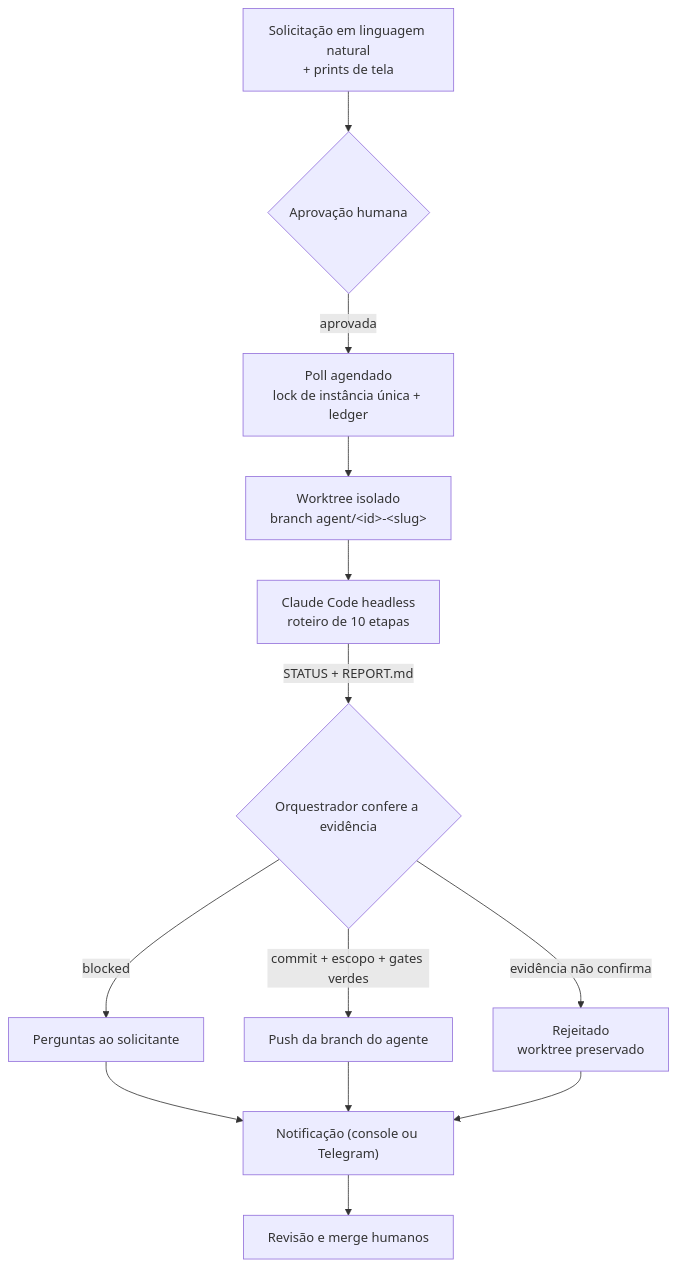
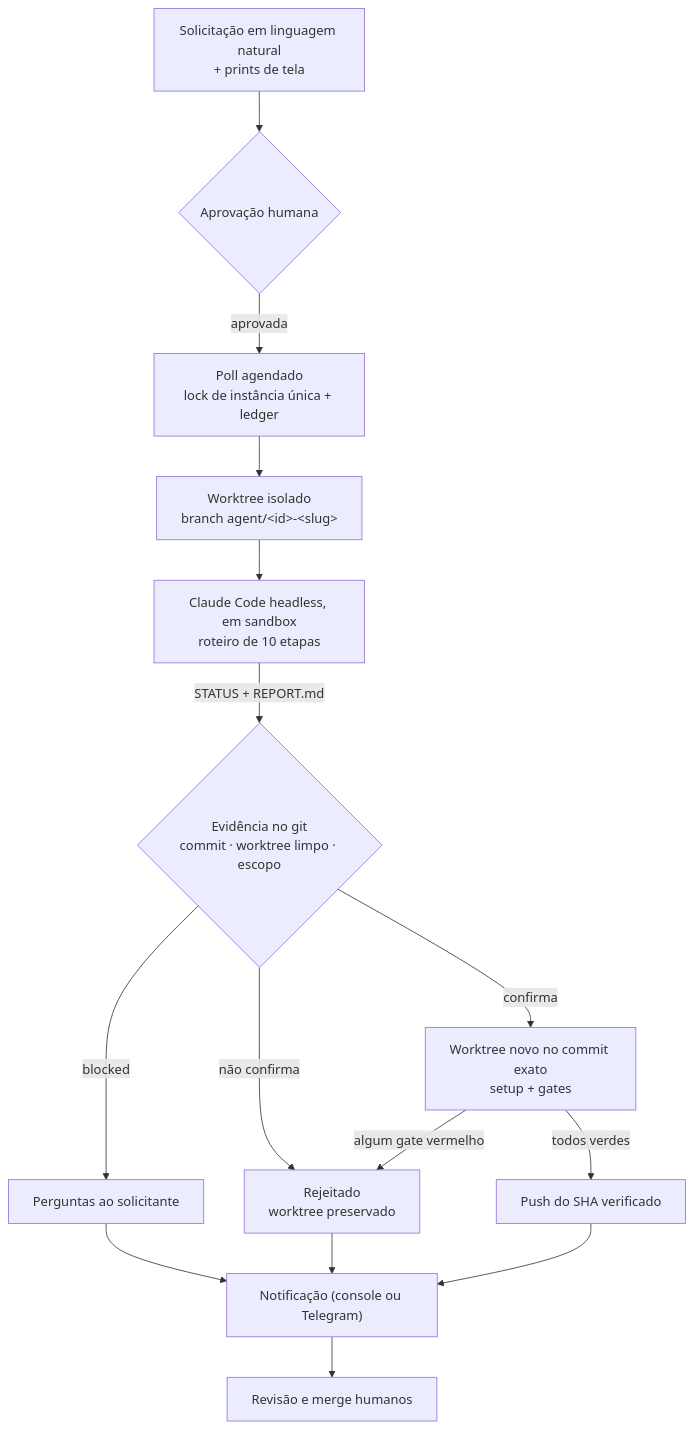
The diagram in README.md (marcosrebelo97/evidence-gated-agent), drawn with Mermaid before and after one commit. The commit also changed other lines of this file and 4 other files, not shown here.

````diff
--- a/README.md
+++ b/README.md
@@ -33,15 +34,17 @@
 ```mermaid
 flowchart TD
     A["Solicitação em linguagem natural<br/>+ prints de tela"] --> B{"Aprovação humana"}
     B -- aprovada --> C["Poll agendado<br/>lock de instância única + ledger"]
     C --> D["Worktree isolado<br/>branch agent/&lt;id&gt;-&lt;slug&gt;"]
-    D --> E["Claude Code headless<br/>roteiro de 10 etapas"]
-    E -- "STATUS + REPORT.md" --> F{"Orquestrador confere a evidência"}
+    D --> E["Claude Code headless, em sandbox<br/>roteiro de 10 etapas"]
+    E -- "STATUS + REPORT.md" --> F{"Evidência no git<br/>commit · worktree limpo · escopo"}
     F -- blocked --> G["Perguntas ao solicitante"]
-    F -- "commit + escopo + gates verdes" --> H["Push da branch do agente"]
-    F -- "evidência não confirma" --> I["Rejeitado<br/>worktree preservado"]
+    F -- "não confirma" --> I["Rejeitado<br/>worktree preservado"]
+    F -- confirma --> V["Worktree novo no commit exato<br/>setup + gates"]
+    V -- "algum gate vermelho" --> I
+    V -- "todos verdes" --> H["Push do SHA verificado"]
     G --> J["Notificação (console ou Telegram)"]
     H --> J
     I --> J
     J --> K["Revisão e merge humanos"]
 ```
````
